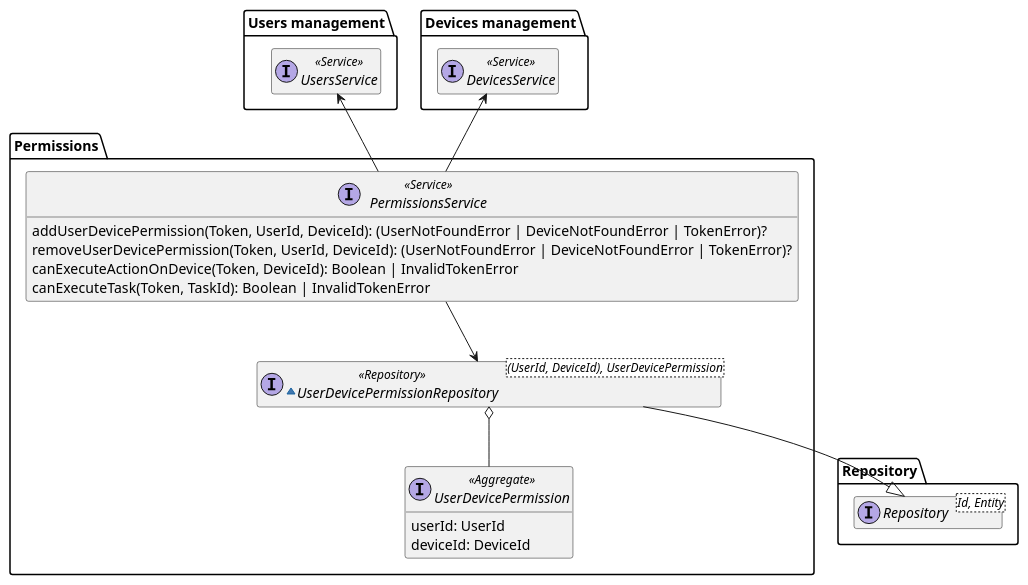
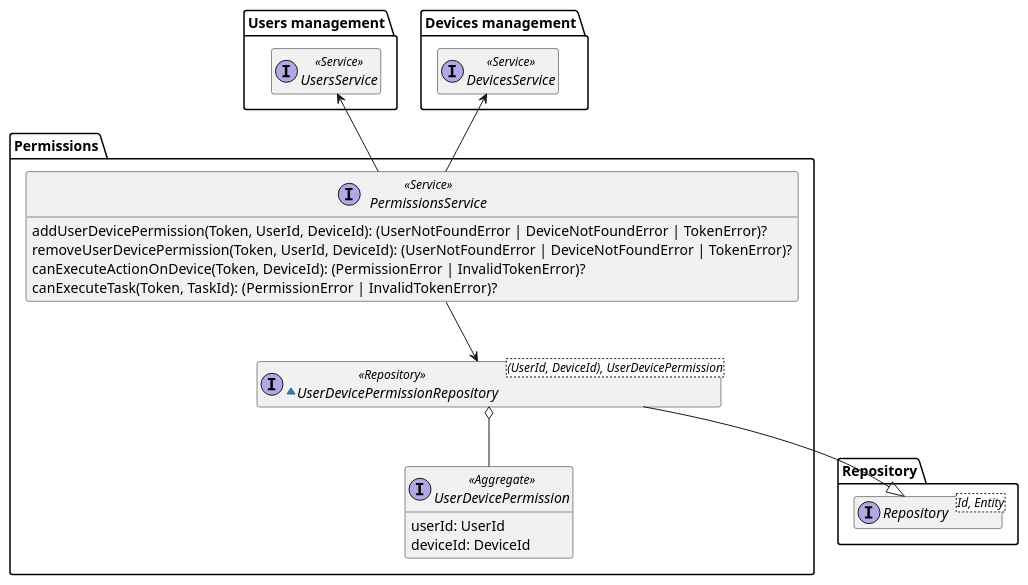
Before and after one commit to DomoticASW/.github: the diagram in diagrams/src/permissions-domain-model.puml, drawn with PlantUML. The commit also changed 5 other files, not shown here.

```diff
--- a/diagrams/src/permissions-domain-model.puml
+++ b/diagrams/src/permissions-domain-model.puml
@@ -2,39 +2,39 @@
 @startuml notifications-domain-model
 
 hide empty members
 package Repository{
     interface Repository<Id, Entity>
 }
 
 package "Users management" as UsersManagement {
     interface UsersService <<Service>>
 }
 
 package "Devices management" as DevicesManagement {
     interface DevicesService <<Service>>
 }
 
 package "Permissions" {
     interface PermissionsService <<Service>> {
         addUserDevicePermission(Token, UserId, DeviceId): (UserNotFoundError | DeviceNotFoundError | TokenError)?
         removeUserDevicePermission(Token, UserId, DeviceId): (UserNotFoundError | DeviceNotFoundError | TokenError)?
-        canExecuteActionOnDevice(Token, DeviceId): Boolean | InvalidTokenError
-        canExecuteTask(Token, TaskId): Boolean | InvalidTokenError
+        canExecuteActionOnDevice(Token, DeviceId): (PermissionError | InvalidTokenError)?
+        canExecuteTask(Token, TaskId): (PermissionError | InvalidTokenError)?
     }
 
     ~interface UserDevicePermissionRepository<(UserId, DeviceId), UserDevicePermission> <<Repository>> {
     }
 
     interface UserDevicePermission <<Aggregate>> {
         userId: UserId
         deviceId: DeviceId
     }
 
     PermissionsService -u-> DevicesManagement.DevicesService
     PermissionsService -u-> UsersManagement.UsersService
     PermissionsService --> UserDevicePermissionRepository
     UserDevicePermissionRepository --|> Repository.Repository
     UserDevicePermissionRepository o-- UserDevicePermission
 }
 
 @enduml
```
